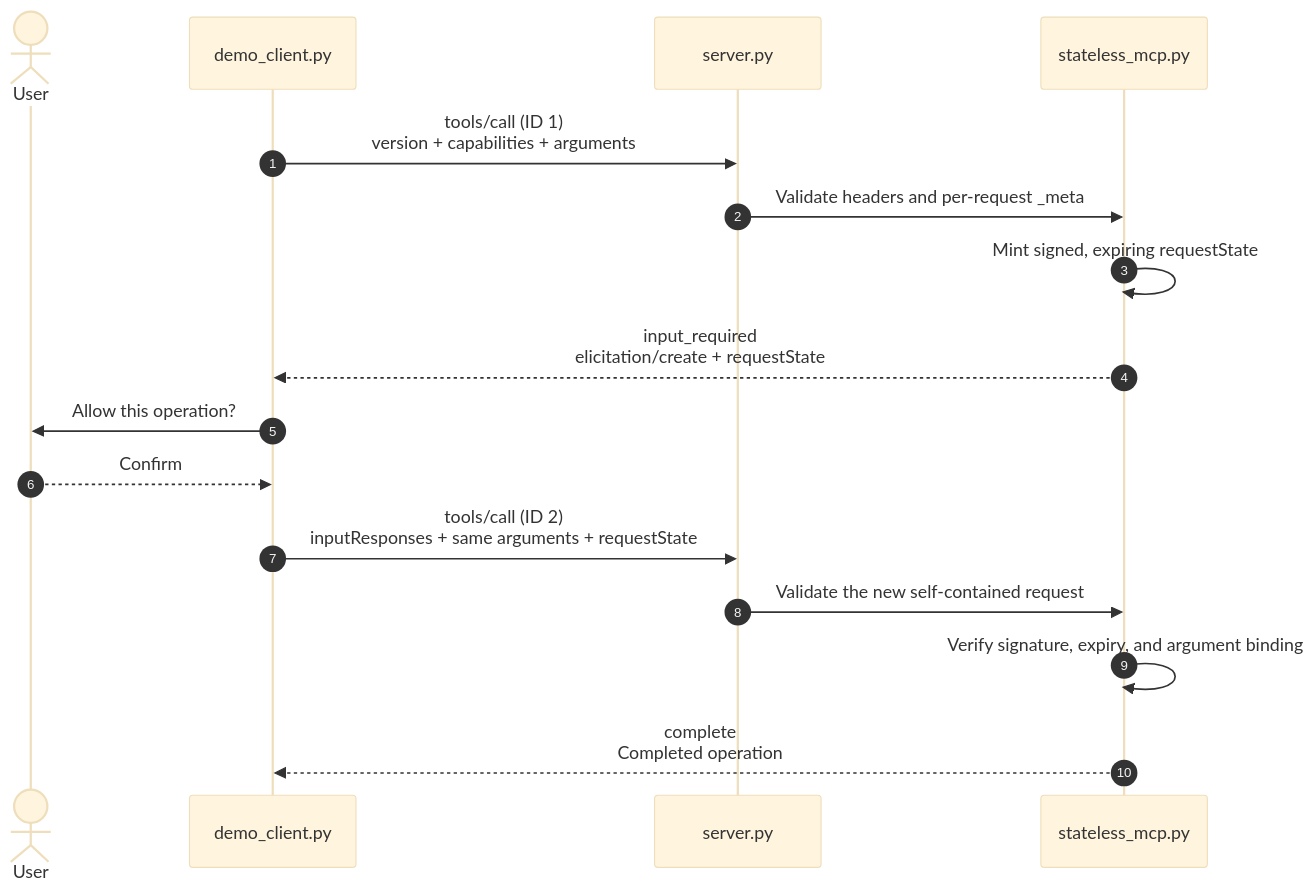
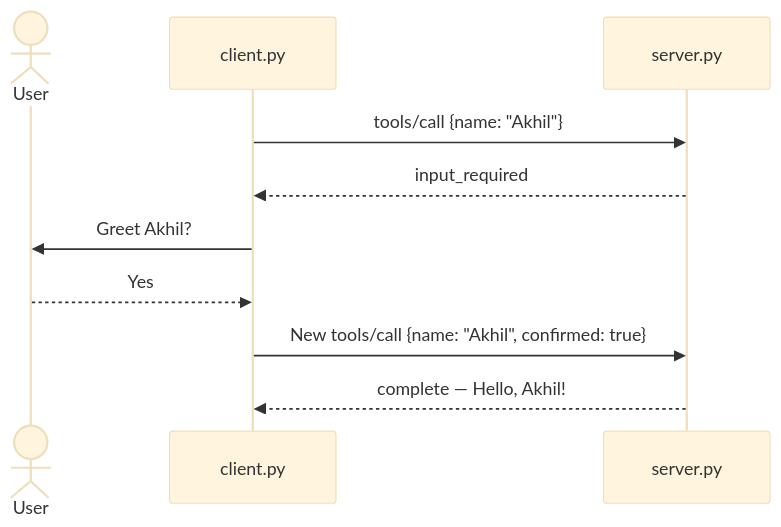
One commit to cakhiltej9001-source/stateless-mcp-python-demo changed the diagram in README.md. Above: the diagram before and after it, drawn with Mermaid (base theme). The commit also changed other lines of this file and 10 other files, not shown here.

````diff
--- a/README.md
+++ b/README.md
@@ -177,19 +52,13 @@
 ```mermaid
 sequenceDiagram
-    autonumber
     actor User
-    participant Client as demo_client.py
+    participant Client as client.py
     participant Server as server.py
-    participant Core as stateless_mcp.py
 
-    Client->>Server: tools/call (ID 1)<br/>version + capabilities + arguments
-    Server->>Core: Validate headers and per-request _meta
-    Core->>Core: Mint signed, expiring requestState
-    Core-->>Client: input_required<br/>elicitation/create + requestState
-    Client->>User: Allow this operation?
-    User-->>Client: Confirm
-    Client->>Server: tools/call (ID 2)<br/>inputResponses + same arguments + requestState
-    Server->>Core: Validate the new self-contained request
-    Core->>Core: Verify signature, expiry, and argument binding
-    Core-->>Client: complete<br/>Completed operation
+    Client->>Server: tools/call {name: "Akhil"}
+    Server-->>Client: input_required
+    Client->>User: Greet Akhil?
+    User-->>Client: Yes
+    Client->>Server: New tools/call {name: "Akhil", confirmed: true}
+    Server-->>Client: complete — Hello, Akhil!
 ```
````
